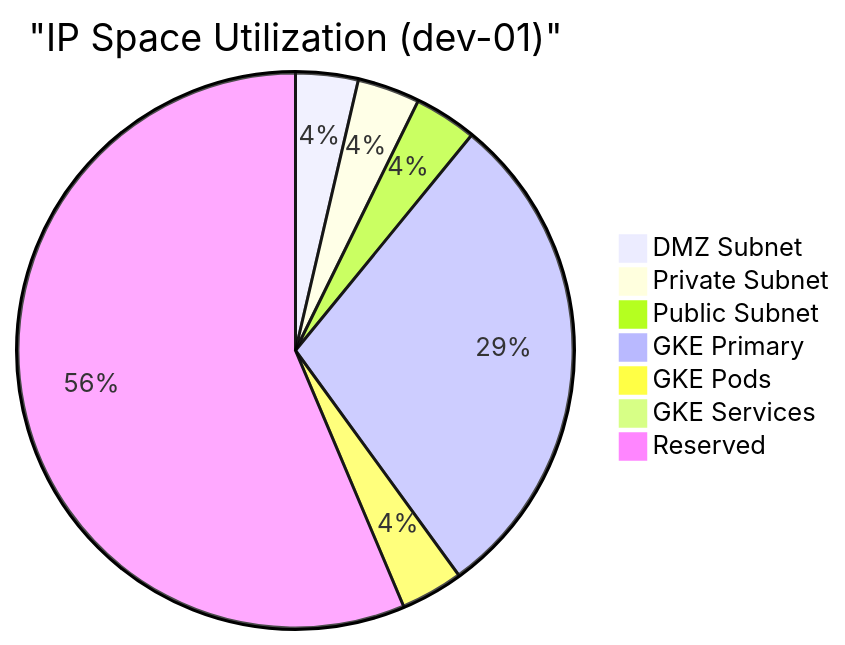
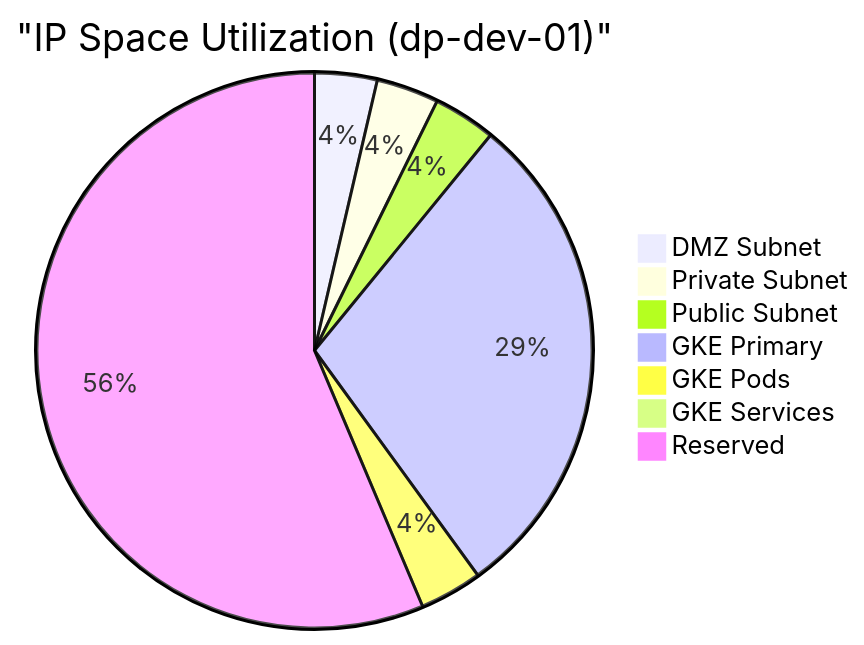
Before and after one commit to spolspol/terragrunt-gcp-org-automation: the sixth of 7 diagrams in docs/ARCHITECTURE_DIAGRAM.md, drawn with Mermaid. The commit also changed other lines of this file and 197 other files, not shown here.

````diff
--- a/docs/ARCHITECTURE_DIAGRAM.md
+++ b/docs/ARCHITECTURE_DIAGRAM.md
@@ -303,10 +303,10 @@
 ```mermaid
-pie title "IP Space Utilization (dev-01)"
+pie title "IP Space Utilization (dp-dev-01)"
     "DMZ Subnet" : 2048
     "Private Subnet" : 2048
     "Public Subnet" : 2048
     "GKE Primary" : 16384
     "GKE Pods" : 2048
     "GKE Services" : 256
     "Reserved" : 31744
 ```
````
